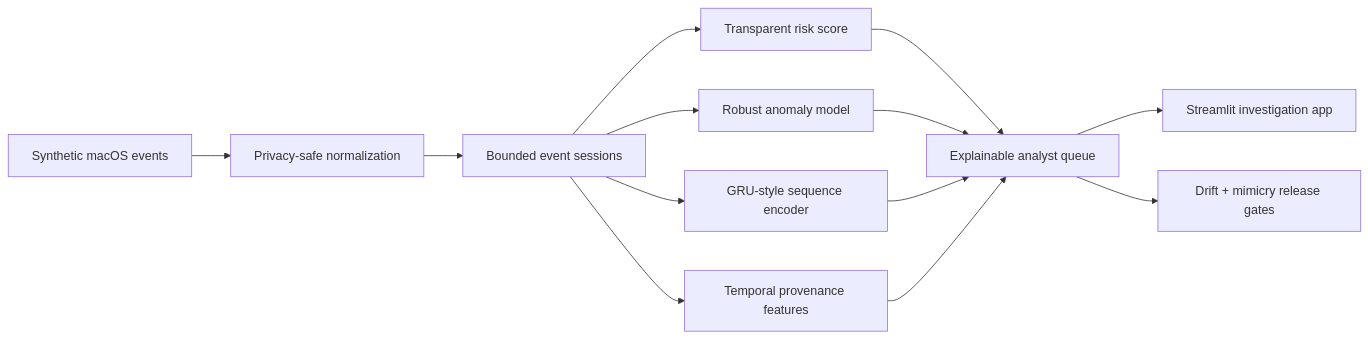
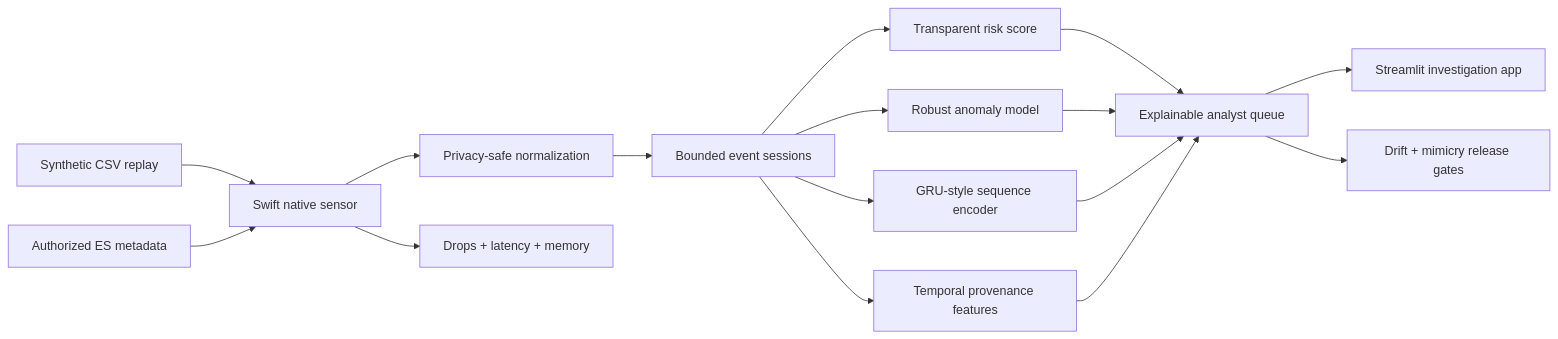
The diagram in macsentinel/README.md (VinayK88/cybersecurity-analytics), drawn with Mermaid before and after one commit. The commit also changed other lines of this file, not shown here.

First line of the commit message:
Document the MacSentinel native sensor

````diff
--- a/macsentinel/README.md
+++ b/macsentinel/README.md
@@ -36,12 +37,15 @@
 ```mermaid
 flowchart LR
-    ES["Synthetic macOS events"] --> NORM["Privacy-safe normalization"]
+    REPLAY["Synthetic CSV replay"] --> SENSOR["Swift native sensor"]
+    AUTH["Authorized ES metadata"] --> SENSOR
+    SENSOR --> NORM["Privacy-safe normalization"]
+    SENSOR --> PERF["Drops + latency + memory"]
     NORM --> SESSION["Bounded event sessions"]
     SESSION --> RULES["Transparent risk score"]
     SESSION --> ANOMALY["Robust anomaly model"]
     SESSION --> GRU["GRU-style sequence encoder"]
     SESSION --> GRAPH["Temporal provenance features"]
     RULES & ANOMALY & GRU & GRAPH --> QUEUE["Explainable analyst queue"]
     QUEUE --> APP["Streamlit investigation app"]
     QUEUE --> STRESS["Drift + mimicry release gates"]
 ```
````
